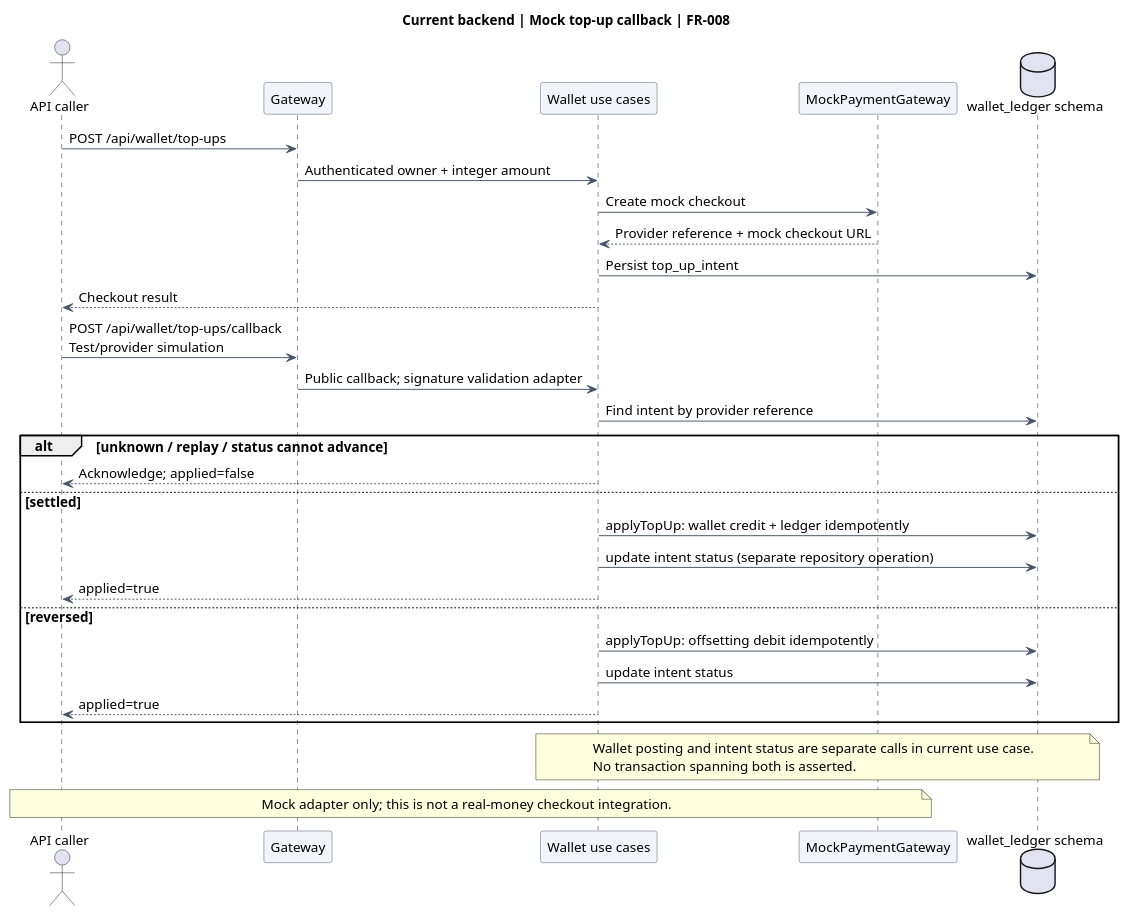
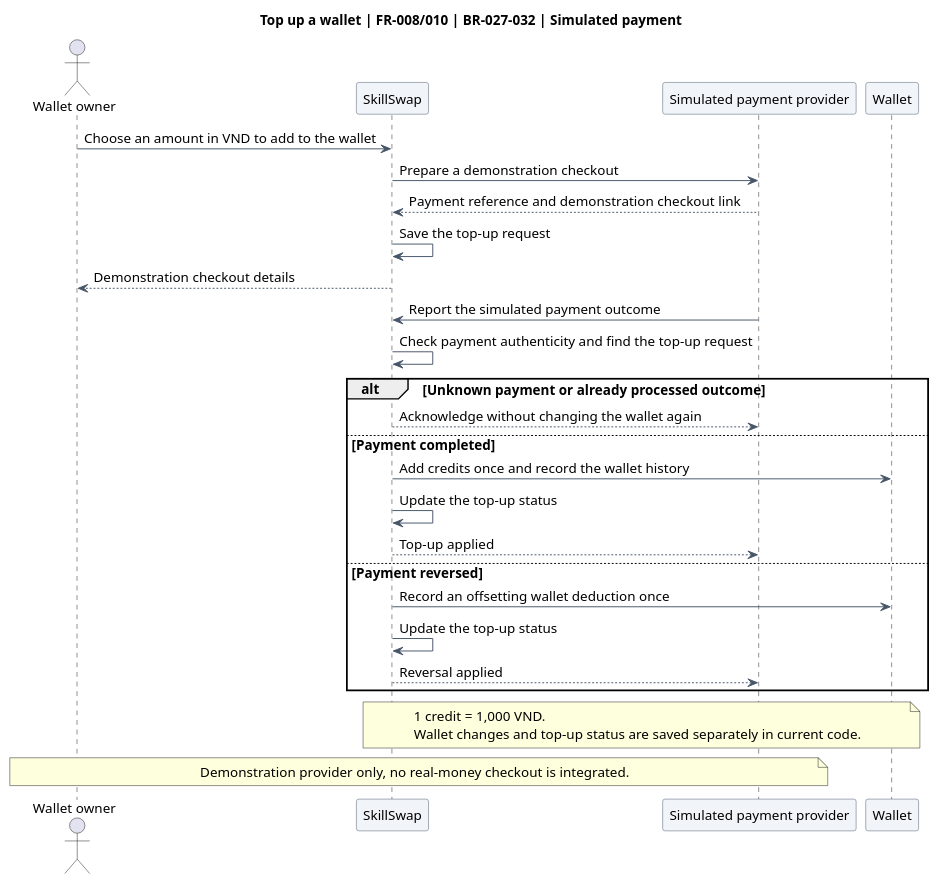
Before and after one commit to trankien022/SkillSwap: the diagram in docs/diagrams/checkpoint/source/sequence-topup.puml, drawn with PlantUML. The commit also changed 62 other files, not shown here.

First line of the commit message:
docs(diagrams): refresh diagrams against current code (#77)

```diff
--- a/docs/diagrams/checkpoint/source/sequence-topup.puml
+++ b/docs/diagrams/checkpoint/source/sequence-topup.puml
@@ -1,41 +1,38 @@
 @startuml
-title Current backend | Mock top-up callback | FR-008
+title Top up a wallet | FR-008/010 | BR-027–032 | Simulated payment
 skinparam backgroundColor #FFFFFF
 skinparam shadowing false
 skinparam defaultFontName Arial
 skinparam defaultFontSize 14
 skinparam ArrowColor #475569
+skinparam activityBackgroundColor #F1F5F9
+skinparam activityBorderColor #475569
 skinparam sequenceParticipantBackgroundColor #F1F5F9
 skinparam sequenceParticipantBorderColor #475569
-skinparam activityBackgroundColor #F1F5F9
-skinparam activityBorderColor #475569
 skinparam stateBackgroundColor #F1F5F9
 skinparam stateBorderColor #475569
-actor "API caller" as U
-participant Gateway as G
-participant "Wallet use cases" as W
-participant "MockPaymentGateway" as P
-database "wallet_ledger schema" as D
-U -> G: POST /api/wallet/top-ups
-G -> W: Authenticated owner + integer amount
-W -> P: Create mock checkout
-P --> W: Provider reference + mock checkout URL
-W -> D: Persist top_up_intent
-W --> U: Checkout result
-U -> G: POST /api/wallet/top-ups/callback\nTest/provider simulation
-G -> W: Public callback; signature validation adapter
-W -> D: Find intent by provider reference
-alt unknown / replay / status cannot advance
- W --> U: Acknowledge; applied=false
-else settled
- W -> D: applyTopUp: wallet credit + ledger idempotently
- W -> D: update intent status (separate repository operation)
- W --> U: applied=true
-else reversed
- W -> D: applyTopUp: offsetting debit idempotently
- W -> D: update intent status
- W --> U: applied=true
+actor "Wallet owner" as U
+participant SkillSwap as S
+participant "Simulated payment provider" as P
+participant Wallet as W
+U -> S: Choose an amount in VND to add to the wallet
+S -> P: Prepare a demonstration checkout
+P --> S: Payment reference and demonstration checkout link
+S -> S: Save the top-up request
+S --> U: Demonstration checkout details
+P -> S: Report the simulated payment outcome
+S -> S: Check payment authenticity and find the top-up request
+alt Unknown payment or already processed outcome
+ S --> P: Acknowledge without changing the wallet again
+else Payment completed
+ S -> W: Add credits once and record the wallet history
+ S -> S: Update the top-up status
+ S --> P: Top-up applied
+else Payment reversed
+ S -> W: Record an offsetting wallet deduction once
+ S -> S: Update the top-up status
+ S --> P: Reversal applied
 end
-note over W,D: Wallet posting and intent status are separate calls in current use case.\nNo transaction spanning both is asserted.
-note over U,P: Mock adapter only; this is not a real-money checkout integration.
+note over S,W: 1 credit = 1,000 VND.\nWallet changes and top-up status are saved separately in current code.
+note over U,P: Demonstration provider only, no real-money checkout is integrated.
 @enduml
```
